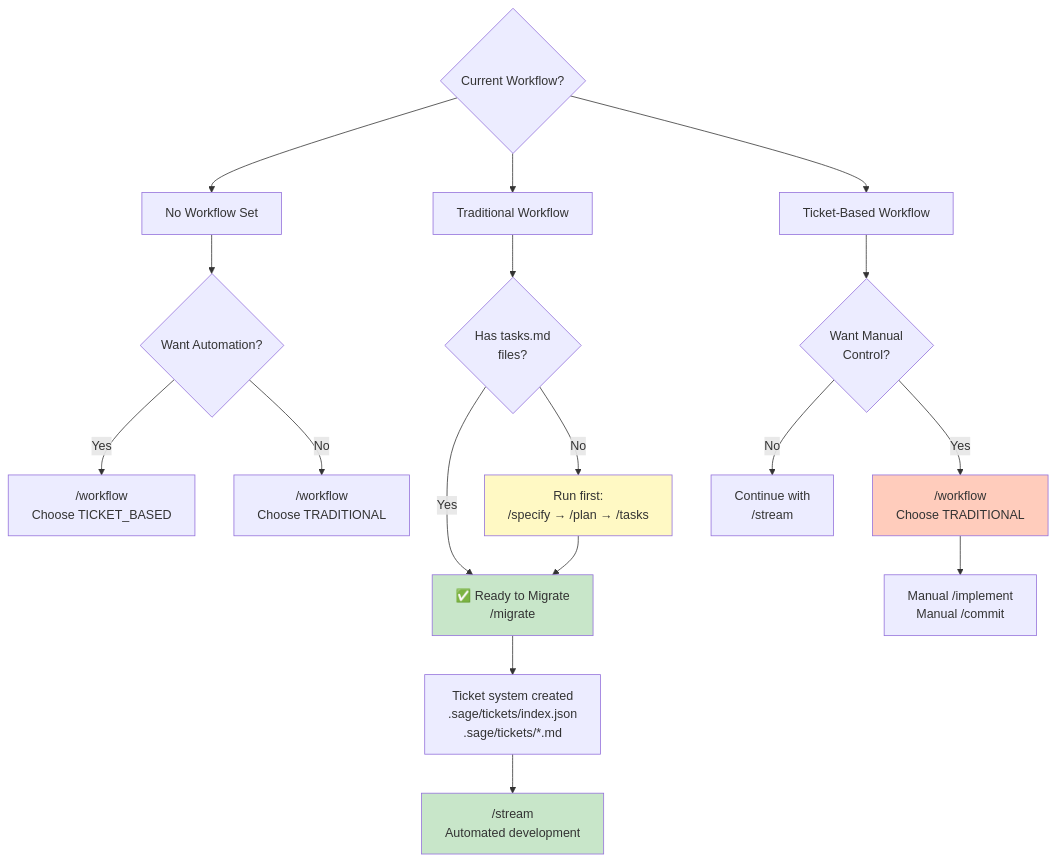
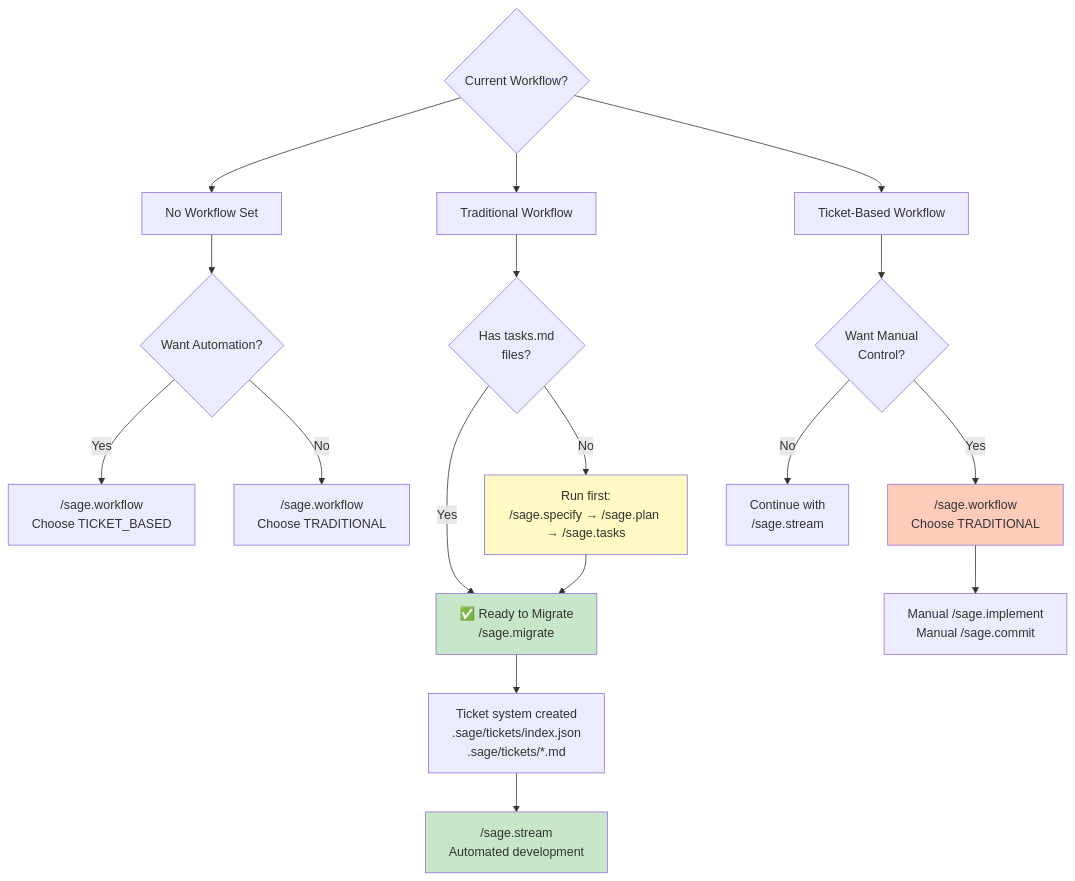
The third of 3 diagrams in commands/WORKFLOW_GUIDE.md (Mathews-Tom/sage-dev), drawn with Mermaid before and after one commit. The commit also changed other lines of this file, not shown here.

First line of the commit message:
docs(workflow): update command references to use sage.* naming convention

````diff
--- a/commands/WORKFLOW_GUIDE.md
+++ b/commands/WORKFLOW_GUIDE.md
@@ -1654,29 +1654,29 @@
 ```mermaid
 graph TD
     Start{Current Workflow?} --> Trad[Traditional Workflow]
     Start --> Tick[Ticket-Based Workflow]
     Start --> None[No Workflow Set]
 
     None --> Question1{Want Automation?}
-    Question1 -->|Yes| SetTicket["/workflow<br/>Choose TICKET_BASED"]
-    Question1 -->|No| SetTrad["/workflow<br/>Choose TRADITIONAL"]
+    Question1 -->|Yes| SetTicket["/sage.workflow<br/>Choose TICKET_BASED"]
+    Question1 -->|No| SetTrad["/sage.workflow<br/>Choose TRADITIONAL"]
 
     Trad --> HasTasks{Has tasks.md<br/>files?}
-    HasTasks -->|Yes| ReadyMigrate["✅ Ready to Migrate<br/>/migrate"]
-    HasTasks -->|No| NeedTasks["Run first:<br/>/specify → /plan → /tasks"]
+    HasTasks -->|Yes| ReadyMigrate["✅ Ready to Migrate<br/>/sage.migrate"]
+    HasTasks -->|No| NeedTasks["Run first:<br/>/sage.specify → /sage.plan → /sage.tasks"]
     NeedTasks --> ReadyMigrate
 
     ReadyMigrate --> PostMigrate["Ticket system created<br/>.sage/tickets/index.json<br/>.sage/tickets/*.md"]
-    PostMigrate --> UseDevstream["/stream<br/>Automated development"]
+    PostMigrate --> UseDevstream["/sage.stream<br/>Automated development"]
 
     Tick --> WantManual{Want Manual<br/>Control?}
-    WantManual -->|Yes| BackToTrad["/workflow<br/>Choose TRADITIONAL"]
-    WantManual -->|No| KeepTicket["Continue with<br/>/stream"]
+    WantManual -->|Yes| BackToTrad["/sage.workflow<br/>Choose TRADITIONAL"]
+    WantManual -->|No| KeepTicket["Continue with<br/>/sage.stream"]
 
-    BackToTrad --> ManualImpl["Manual /implement<br/>Manual /commit"]
+    BackToTrad --> ManualImpl["Manual /sage.implement<br/>Manual /sage.commit"]
 
     style ReadyMigrate fill:#c8e6c9
     style UseDevstream fill:#c8e6c9
     style NeedTasks fill:#fff9c4
     style BackToTrad fill:#ffccbc
 ```
````
